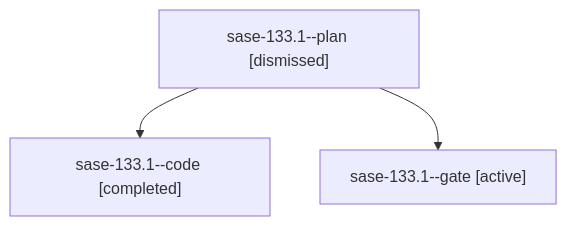
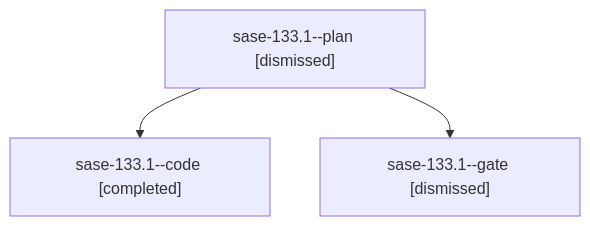
The diagram in sessions/bbugyi200.athena.sase-133.1.md (sase-org/sase--agents), drawn with Mermaid before and after one commit. The commit also changed other lines of this file and 118 other files, not shown here.

````diff
--- a/sessions/bbugyi200.athena.sase-133.1.md
+++ b/sessions/bbugyi200.athena.sase-133.1.md
@@ -9,8 +9,8 @@
 ```mermaid
 flowchart TD
   n0["sase-133.1--plan [dismissed]"]
   n1["sase-133.1--code [completed]"]
   n0 --> n1
-  n2["sase-133.1--gate [active]"]
+  n2["sase-133.1--gate [dismissed]"]
   n0 --> n2
 ```
````
